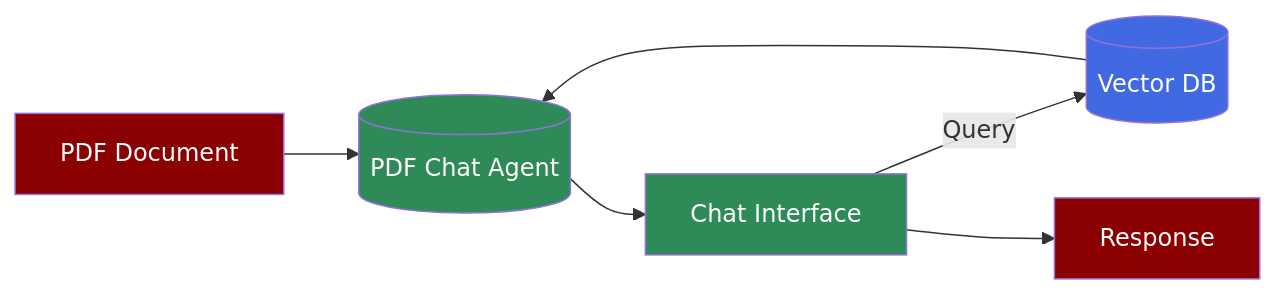
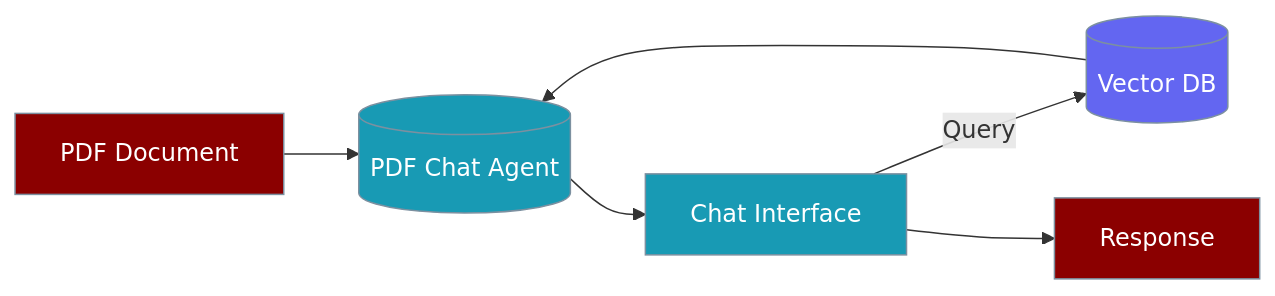
One commit to MervinPraison/PraisonAIDocs changed the first of 2 diagrams in docs/features/chat-with-pdf.mdx. Above: the diagram before and after it, drawn with Mermaid. The commit also changed other lines of this file and 10 other files, not shown here.

First line of the commit message:
fix: align Mermaid classDef stroke and palette in batch-1 features

````diff
--- a/docs/features/chat-with-pdf.mdx
+++ b/docs/features/chat-with-pdf.mdx
@@ -8,20 +8,17 @@
 ```mermaid
 flowchart LR
     PDF[PDF Document] --> PDFAgent[("PDF Chat Agent")]
     VDB[(Vector DB)] --> PDFAgent
     PDFAgent --> Chat[Chat Interface]
     Chat --> |Query| VDB
     Chat --> Out[Response]
     
-    style PDF fill:#8B0000,color:#fff
-    style PDFAgent fill:#2E8B57,color:#fff,shape:circle
-    style VDB fill:#4169E1,color:#fff,shape:cylinder
-    style Chat fill:#2E8B57,color:#fff
-    style Out fill:#8B0000,color:#fff
     classDef agent fill:#8B0000,stroke:#7C90A0,color:#fff
     classDef tool fill:#189AB4,stroke:#7C90A0,color:#fff
+    classDef store fill:#6366F1,stroke:#7C90A0,color:#fff
     classDef success fill:#10B981,stroke:#7C90A0,color:#fff
-    class A,D agent
-    class B,C tool
+    class PDF,Out agent
+    class PDFAgent,Chat tool
+    class VDB store
 
 ```
````
